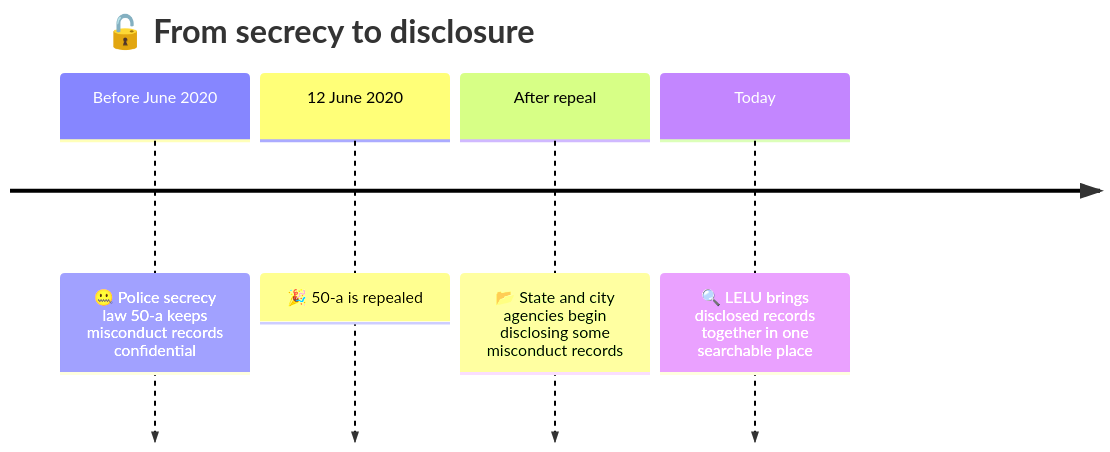
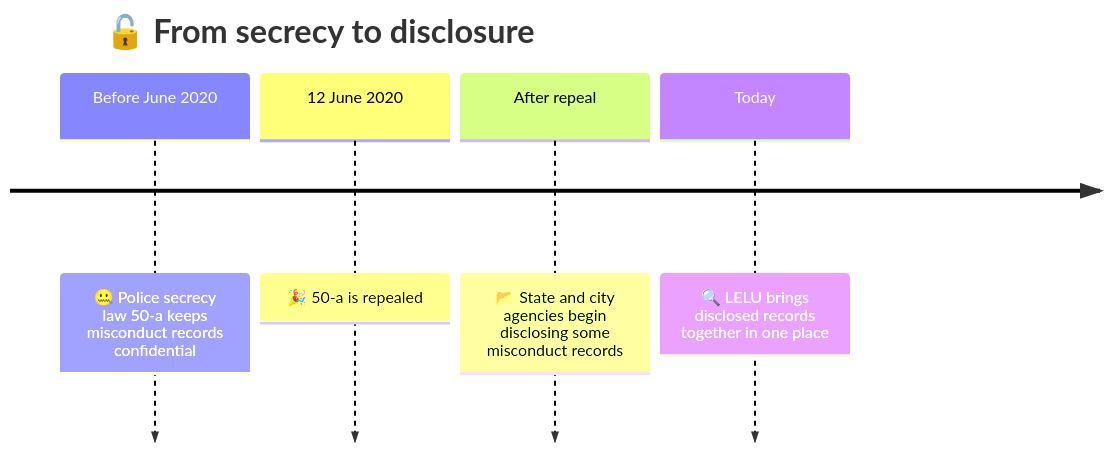
The second of 7 diagrams in README.md (PrajwalKoirala638/LELU), drawn with Mermaid before and after one commit. The commit also changed other lines of this file, not shown here.

````diff
--- a/README.md
+++ b/README.md
@@ -96,8 +114,8 @@
 ```mermaid
 timeline
     title 🔓 From secrecy to disclosure
     Before June 2020 : 🤐 Police secrecy law 50-a keeps misconduct records confidential
     12 June 2020 : 🎉 50-a is repealed
     After repeal : 📂 State and city agencies begin disclosing some misconduct records
-    Today : 🔍 LELU brings disclosed records together in one searchable place
+    Today : 🔍 LELU brings disclosed records together in one place
 ```
````
